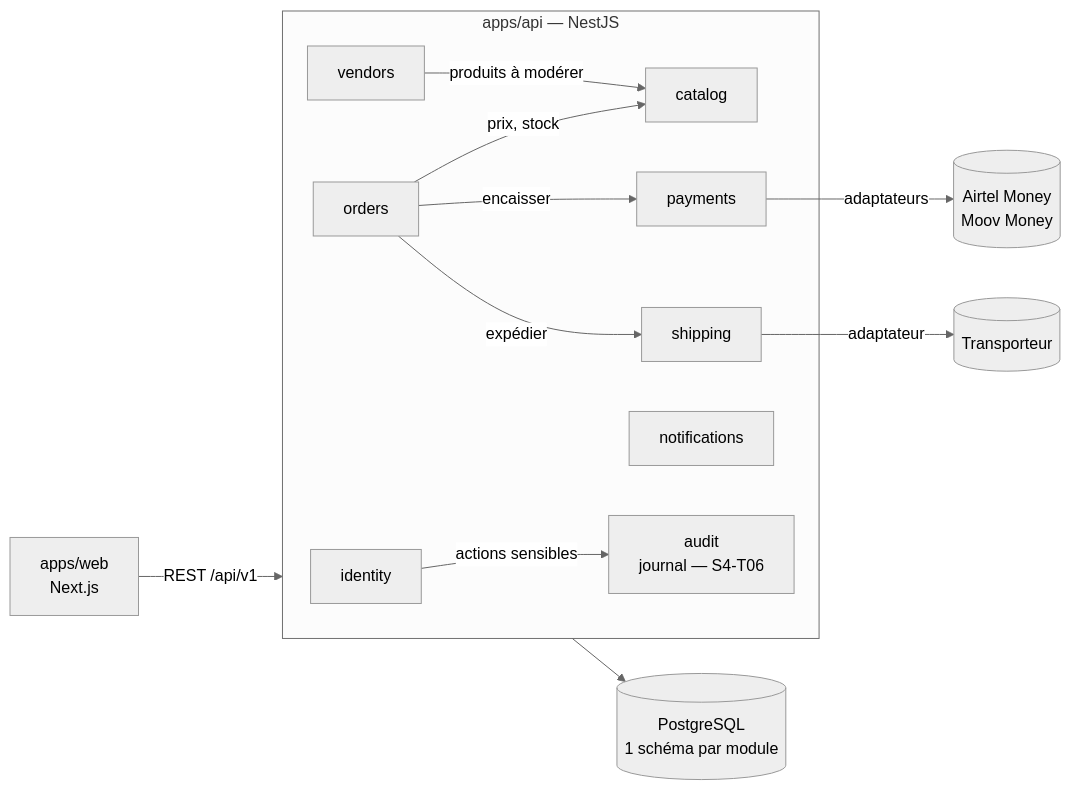
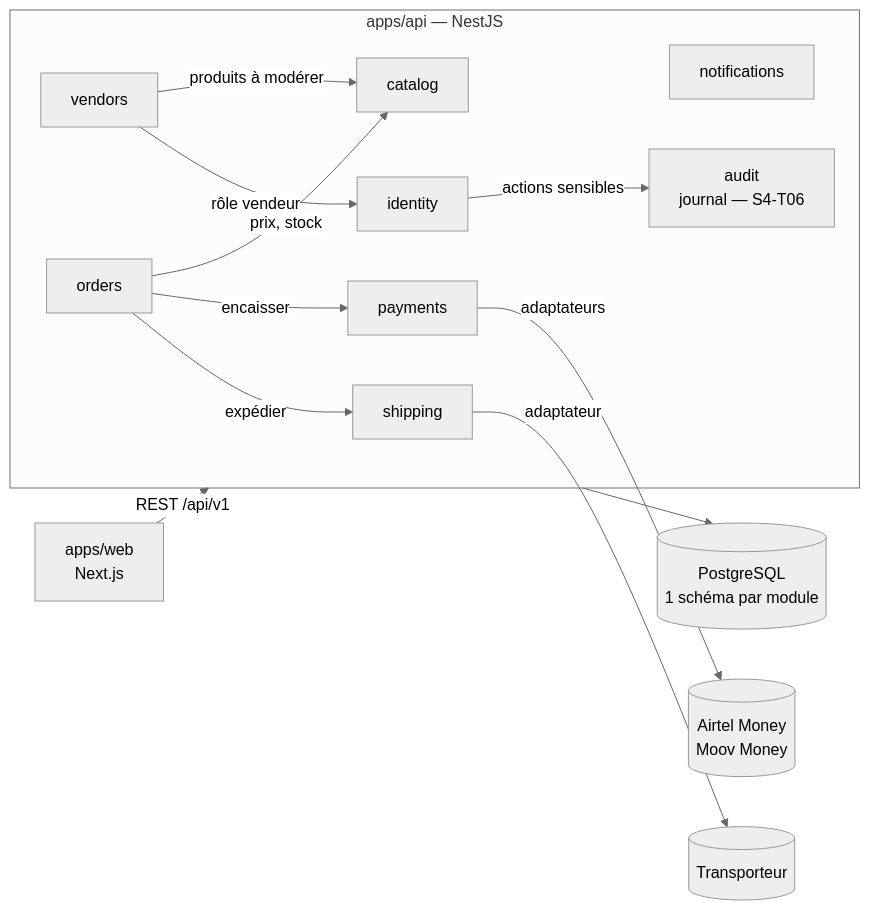
Before and after one commit to levy-kombila/kemdia: the third of 18 diagrams in docs/architecture/cahier-architecture.md, drawn with Mermaid (neutral theme). The commit also changed other lines of this file and 4 other files, not shown here.

First line of the commit message:
docs(S6-T01): ADR-0032, rapport, cahier d'architecture 3.8, planning

````diff
--- a/docs/architecture/cahier-architecture.md
+++ b/docs/architecture/cahier-architecture.md
@@ -182,22 +183,23 @@
 ```mermaid
 flowchart LR
     web[apps/web<br/>Next.js] -->|REST /api/v1| api
     subgraph api[apps/api — NestJS]
       identity[identity]
       catalog[catalog]
       vendors[vendors]
       orders[orders]
       payments[payments]
       shipping[shipping]
       notif[notifications]
       audit[audit<br/>journal — S4-T06]
     end
     identity -->|actions sensibles| audit
     orders -->|prix, stock| catalog
     orders -->|encaisser| payments
     orders -->|expédier| shipping
     vendors -->|produits à modérer| catalog
+    vendors -->|rôle vendeur| identity
     payments -->|adaptateurs| mm[(Airtel Money<br/>Moov Money)]
     shipping -->|adaptateur| tr[(Transporteur)]
     api --> db[(PostgreSQL<br/>1 schéma par module)]
 ```
````
